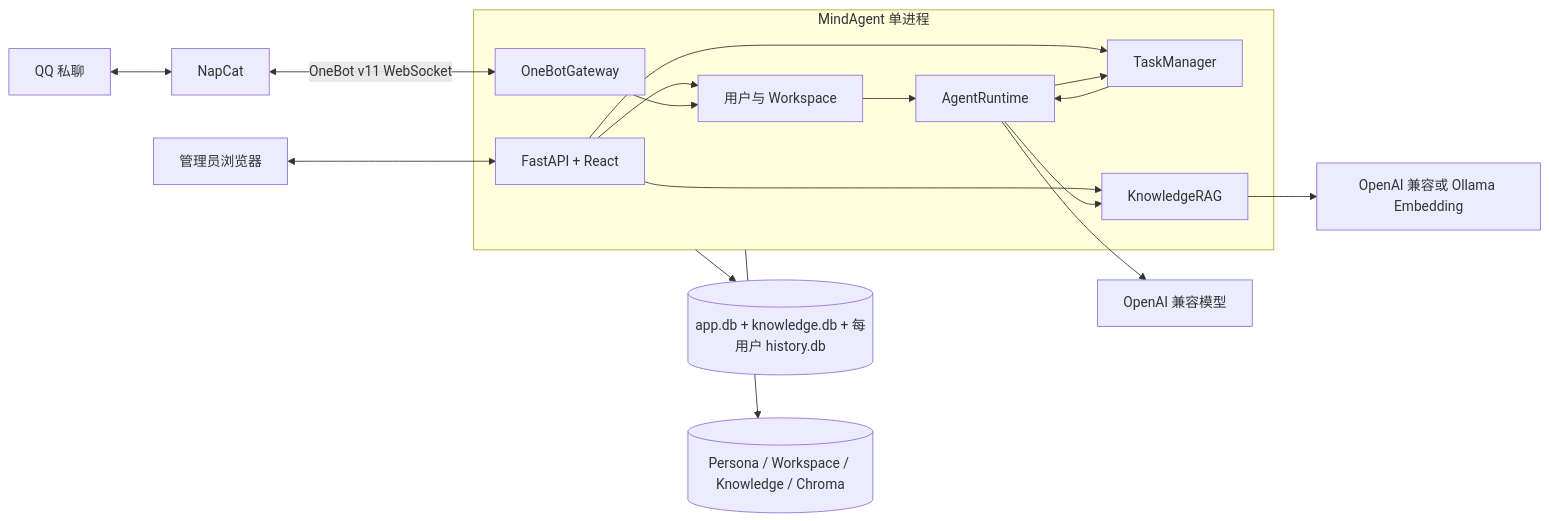
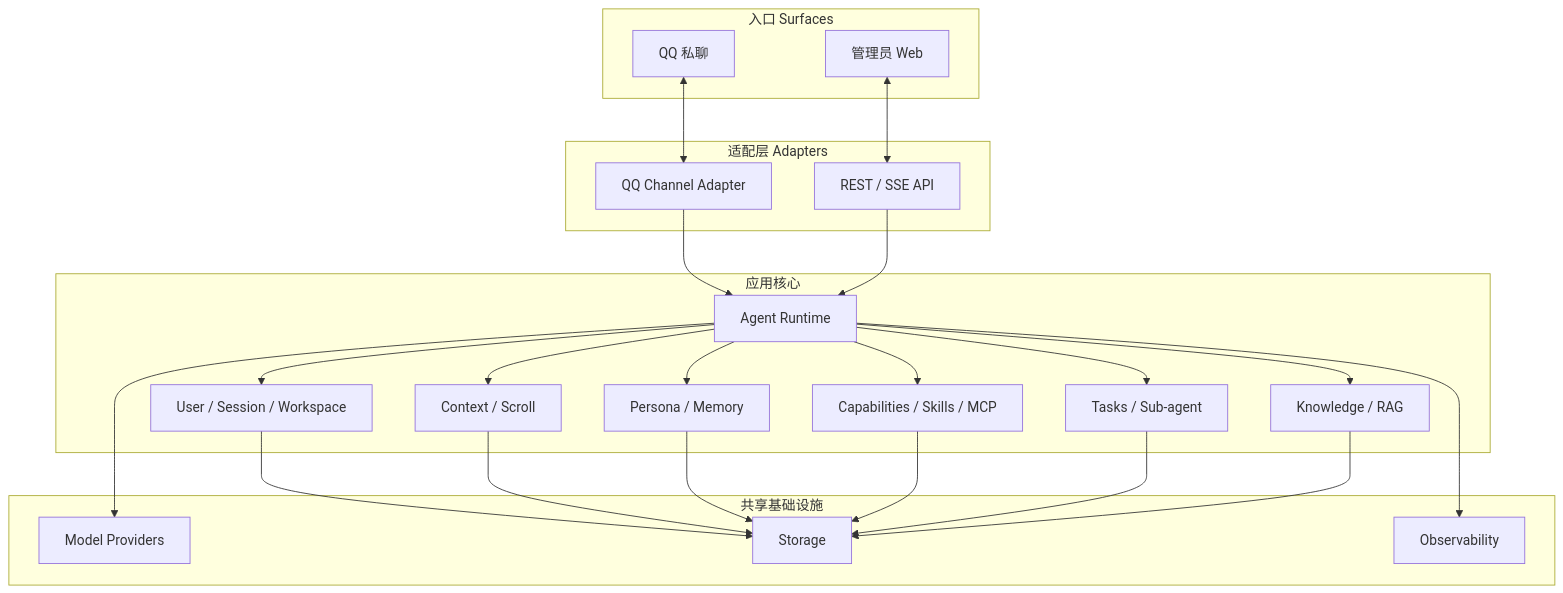
Before and after one commit to tamakara/mind-agent: the first of 2 diagrams in docs/design.md, drawn with Mermaid. The commit also changed other lines of this file and 3 other files, not shown here.

````diff
--- a/docs/design.md
+++ b/docs/design.md
@@ -38,28 +35,47 @@
 ```mermaid
-flowchart LR
-    QQ[QQ 私聊] <--> NC[NapCat]
-    Admin[管理员浏览器] <--> Web[FastAPI + React]
-
-    subgraph App[MindAgent 单进程]
-        OB[OneBotGateway]
-        ID[用户与 Workspace]
-        AR[AgentRuntime]
-        TM[TaskManager]
-        KB[KnowledgeRAG]
-
-        Web --> ID
-        Web --> TM
-        Web --> KB
-        OB --> ID
-        ID --> AR
-        AR --> TM
-        AR --> KB
-        TM --> AR
+flowchart TB
+    subgraph Surfaces[入口 Surfaces]
+        QQ[QQ 私聊]
+        WEB[管理员 Web]
     end
 
-    NC <-->|OneBot v11 WebSocket| OB
-    App --> DB[(app.db + knowledge.db + 每用户 history.db)]
-    App --> FS[(Persona / Workspace / Knowledge / Chroma)]
-    AR --> LLM[OpenAI 兼容模型]
-    KB --> EMB[OpenAI 兼容或 Ollama Embedding]
+    subgraph Adapters[适配层 Adapters]
+        CH[QQ Channel Adapter]
+        API[REST / SSE API]
+    end
+
+    subgraph Core[应用核心]
+        RT[Agent Runtime]
+        WS[User / Session / Workspace]
+        CTX[Context / Scroll]
+        PER[Persona / Memory]
+        CAP[Capabilities / Skills / MCP]
+        TASK[Tasks / Sub-agent]
+        KB[Knowledge / RAG]
+    end
+
+    subgraph Infra[共享基础设施]
+        PRV[Model Providers]
+        STO[Storage]
+        OBS[Observability]
+    end
+
+    QQ <--> CH
+    WEB <--> API
+    CH --> RT
+    API --> RT
+    RT --> WS
+    RT --> CTX
+    RT --> PER
+    RT --> CAP
+    RT --> TASK
+    RT --> KB
+    RT --> PRV
+    WS --> STO
+    CTX --> STO
+    PER --> STO
+    CAP --> STO
+    TASK --> STO
+    KB --> STO
+    RT --> OBS
 ```
````
